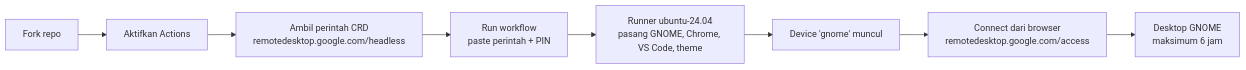
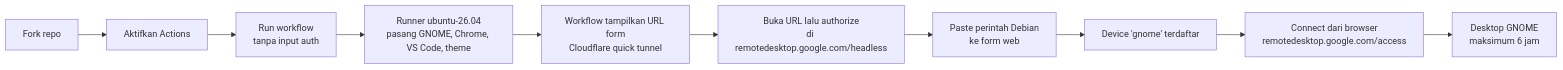
The diagram in README.md (ArchDityaa/gnome-crd), drawn with Mermaid before and after one commit. The commit also changed other lines of this file and 9 other files, not shown here.

First line of the commit message:
feat(gnome26): authorize CRD via web form after desktop is ready

````diff
--- a/README.md
+++ b/README.md
@@ -28,10 +28,12 @@
 ```mermaid
 flowchart LR
   A[Fork repo] --> B[Aktifkan Actions]
-  B --> C[Ambil perintah CRD<br/>remotedesktop.google.com/headless]
-  C --> D[Run workflow<br/>paste perintah + PIN]
-  D --> E[Runner ubuntu-24.04<br/>pasang GNOME, Chrome, VS Code, theme]
-  E --> F[Device 'gnome' muncul]
-  F --> G[Connect dari browser<br/>remotedesktop.google.com/access]
-  G --> H[Desktop GNOME<br/>maksimum 6 jam]
+  B --> C[Run workflow<br/>tanpa input auth]
+  C --> D[Runner ubuntu-26.04<br/>pasang GNOME, Chrome, VS Code, theme]
+  D --> E[Workflow tampilkan URL form<br/>Cloudflare quick tunnel]
+  E --> F[Buka URL lalu authorize<br/>di remotedesktop.google.com/headless]
+  F --> G[Paste perintah Debian<br/>ke form web]
+  G --> H[Device 'gnome' terdaftar]
+  H --> I[Connect dari browser<br/>remotedesktop.google.com/access]
+  I --> J[Desktop GNOME<br/>maksimum 6 jam]
 ```
````
